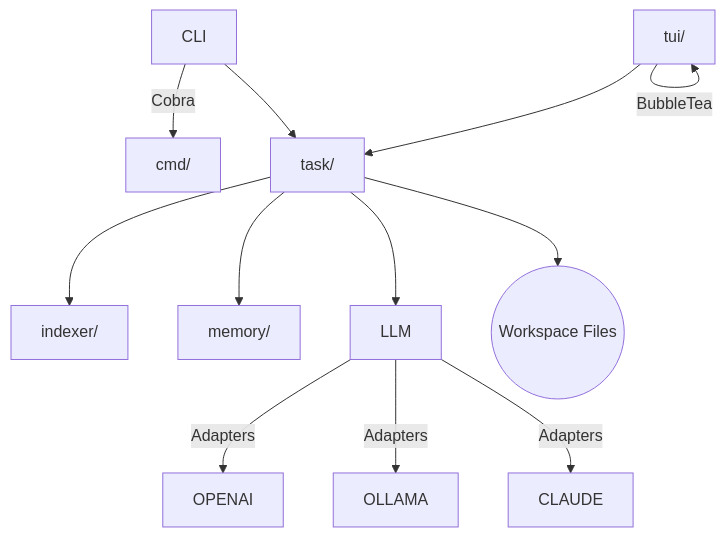
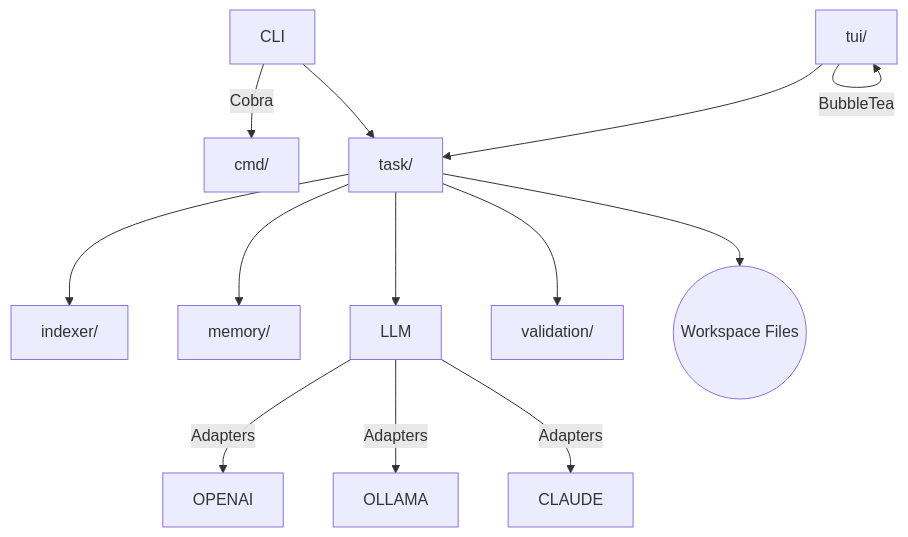
The diagram in README.md (TimAnthonyAlexander/loom), drawn with Mermaid before and after one commit. The commit also changed other lines of this file, not shown here.

````diff
--- a/README.md
+++ b/README.md
@@ -254,12 +421,13 @@
 ```mermaid
 graph TD;
     CLI -->|Cobra| CMD[cmd/]
     TUI -->|BubbleTea| TUI[tui/]
     TUI --> TASK_ENGINE
     CLI --> TASK_ENGINE
     TASK_ENGINE[task/] --> INDEXER[indexer/]
     TASK_ENGINE --> MEMORY[memory/]
     TASK_ENGINE --> LLM
+    TASK_ENGINE --> VALIDATION[validation/]
     LLM -->|Adapters| OPENAI & OLLAMA & CLAUDE
     TASK_ENGINE --> WORKSPACE((Workspace Files))
 ```
````
